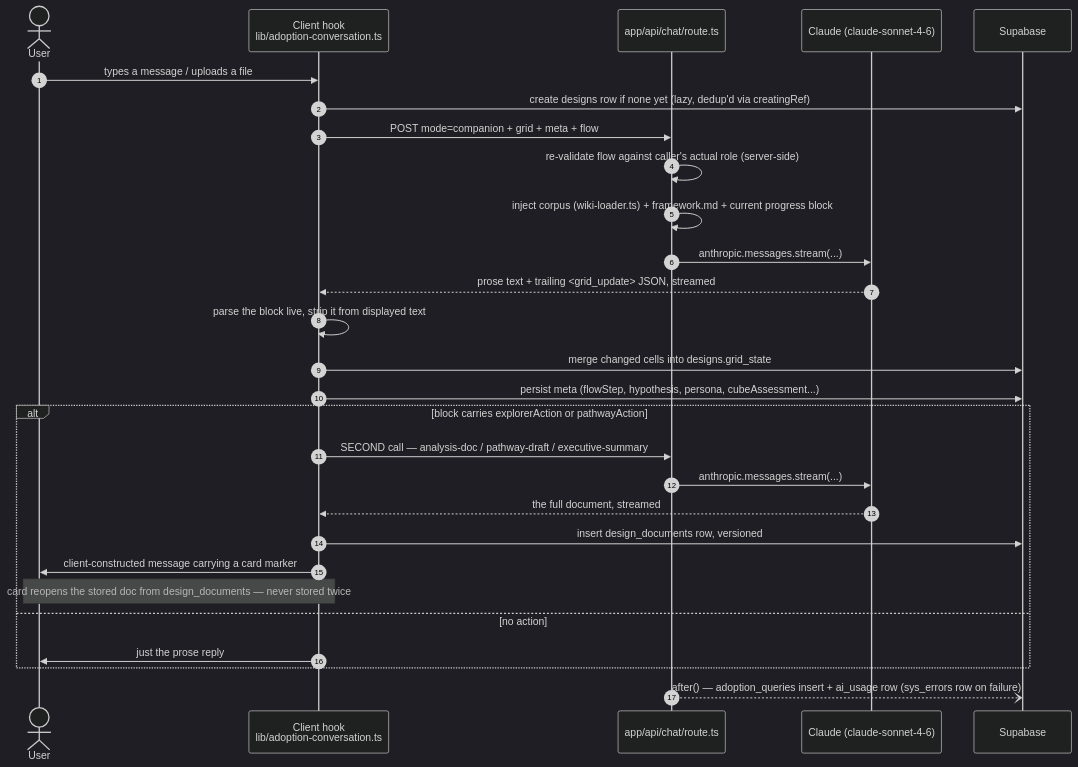
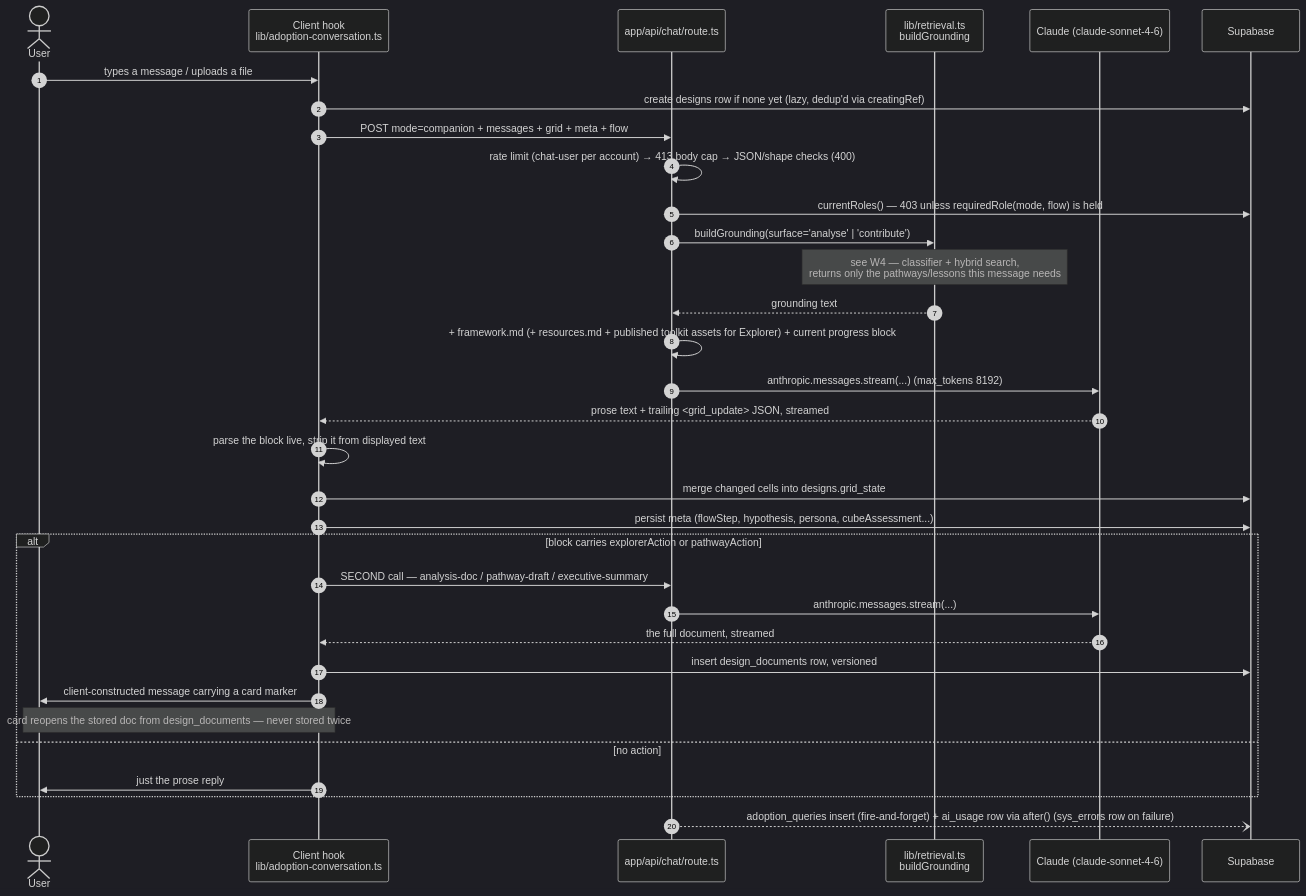
The first of 7 diagrams in docs/wiki/diffusion-cube/architecture/sequence-diagrams.md (SwanandAI/diffusion-cube), drawn with Mermaid (dark theme) before and after one commit. The commit also changed other lines of this file and 64 other files, not shown here.

````diff
--- a/docs/wiki/diffusion-cube/architecture/sequence-diagrams.md
+++ b/docs/wiki/diffusion-cube/architecture/sequence-diagrams.md
@@ -9,33 +13,38 @@
 ```mermaid
 sequenceDiagram
     autonumber
     actor U as User
     participant C as Client hook<br/>lib/adoption-conversation.ts
     participant R as app/api/chat/route.ts
+    participant G as lib/retrieval.ts<br/>buildGrounding
     participant M as Claude (claude-sonnet-4-6)
     participant DB as Supabase
 
     U->>C: types a message / uploads a file
     C->>DB: create designs row if none yet (lazy, dedup'd via creatingRef)
-    C->>R: POST mode=companion + grid + meta + flow
-    R->>R: re-validate flow against caller's actual role (server-side)
-    R->>R: inject corpus (wiki-loader.ts) + framework.md + current progress block
-    R->>M: anthropic.messages.stream(...)
+    C->>R: POST mode=companion + messages + grid + meta + flow
+    R->>R: rate limit (chat-user per account) → 413 body cap → JSON/shape checks (400)
+    R->>DB: currentRoles() — 403 unless requiredRole(mode, flow) is held
+    R->>G: buildGrounding(surface='analyse' | 'contribute')
+    Note over G: see W4 — classifier + hybrid search,<br/>returns only the pathways/lessons this message needs
+    G-->>R: grounding text
+    R->>R: + framework.md (+ resources.md + published toolkit assets for Explorer) + current progress block
+    R->>M: anthropic.messages.stream(...) (max_tokens 8192)
     M-->>C: prose text + trailing <grid_update> JSON, streamed
     C->>C: parse the block live, strip it from displayed text
     C->>DB: merge changed cells into designs.grid_state
     C->>DB: persist meta (flowStep, hypothesis, persona, cubeAssessment...)
 
     alt block carries explorerAction or pathwayAction
         C->>R: SECOND call — analysis-doc / pathway-draft / executive-summary
         R->>M: anthropic.messages.stream(...)
         M-->>C: the full document, streamed
         C->>DB: insert design_documents row, versioned
         C->>U: client-constructed message carrying a card marker
         Note over U,C: card reopens the stored doc from design_documents — never stored twice
     else no action
         C->>U: just the prose reply
     end
 
-    R--)DB: after() — adoption_queries insert + ai_usage row (sys_errors row on failure)
+    R--)DB: adoption_queries insert (fire-and-forget) + ai_usage row via after() (sys_errors row on failure)
 ```
````
